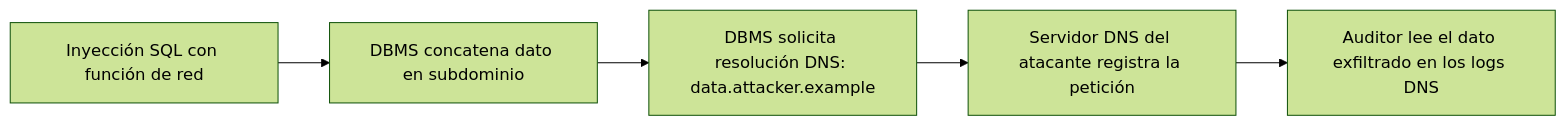
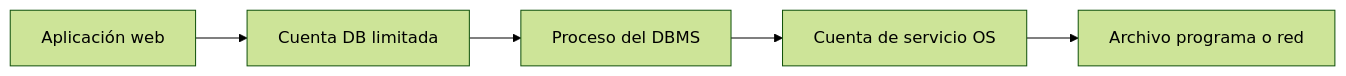
Before and after one commit to purpesec/Cybersecurity-For-Beginners: the second of 4 diagrams in pentesting-web/02-sql-injection/06-explotacion-avanzada-archivos-rce-oob/README.md, drawn with Mermaid (forest theme). The commit also changed other lines of this file and 8 other files, not shown here.

````diff
--- a/pentesting-web/02-sql-injection/06-explotacion-avanzada-archivos-rce-oob/README.md
+++ b/pentesting-web/02-sql-injection/06-explotacion-avanzada-archivos-rce-oob/README.md
@@ -209,7 +53,7 @@
 ```mermaid
 flowchart LR
-    A["Inyección SQL con función de red"] --> B["DBMS concatena dato en subdominio"]
-    B --> C["DBMS solicita resolución DNS: data.attacker.example"]
-    C --> D["Servidor DNS del atacante registra la petición"]
-    D --> E["Auditor lee el dato exfiltrado en los logs DNS"]
+    A[Aplicación web] --> B[Cuenta DB limitada]
+    B --> C[Proceso del DBMS]
+    C --> D[Cuenta de servicio OS]
+    D --> E[Archivo programa o red]
 ```
````
